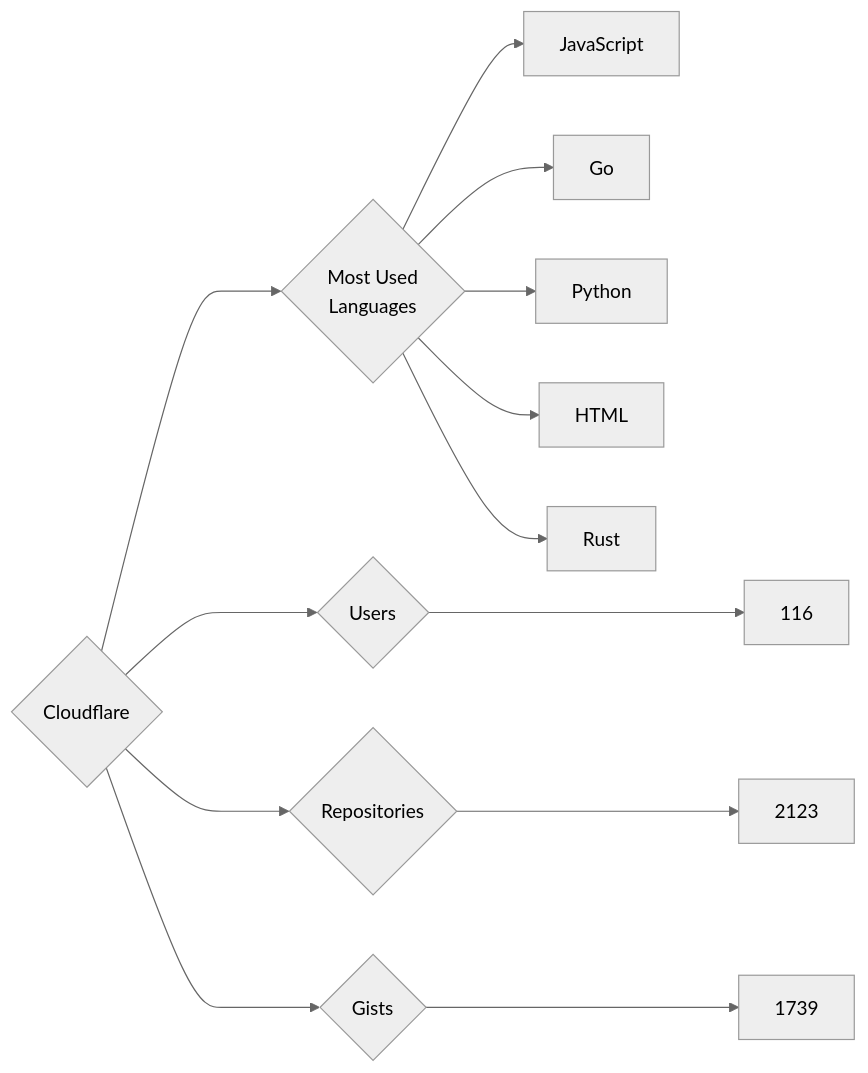
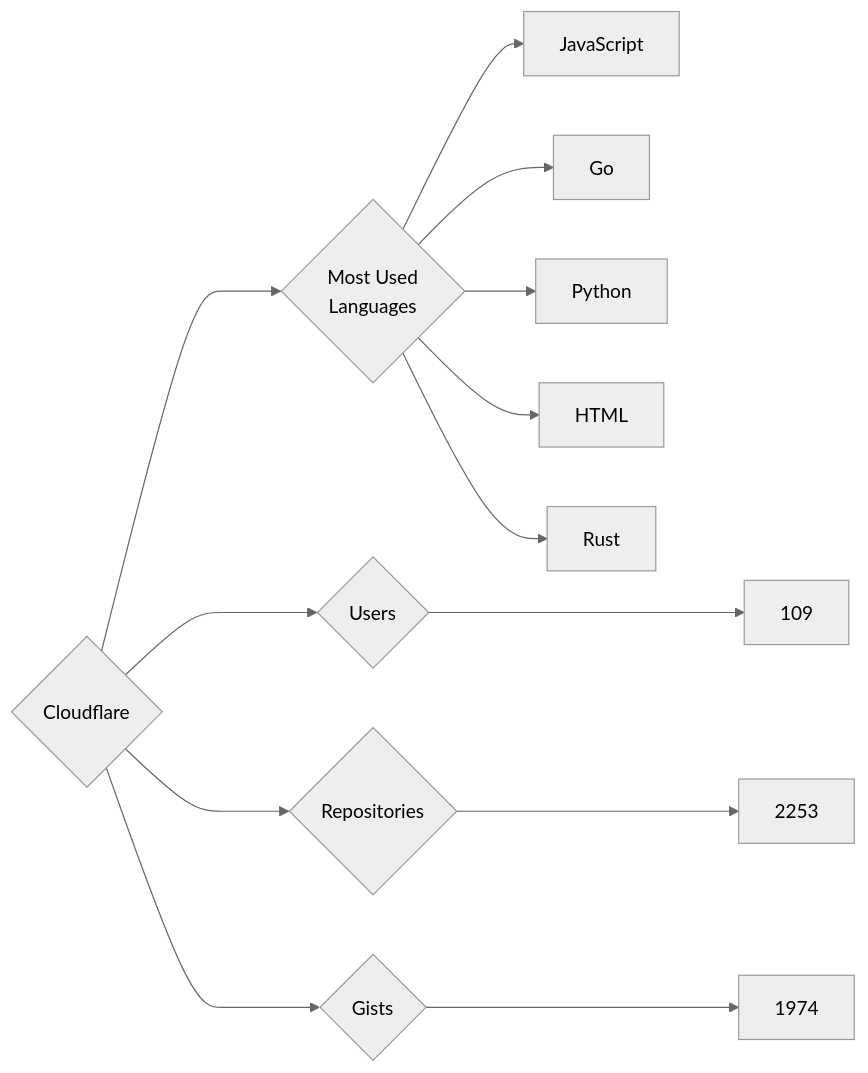
One commit to trickest/insiders changed the diagram in targets/Cloudflare/README.md. Above: the diagram before and after it, drawn with Mermaid (neutral theme). The commit also changed 847 other files, not shown here.

````diff
--- a/targets/Cloudflare/README.md
+++ b/targets/Cloudflare/README.md
@@ -3,13 +3,13 @@
 ```mermaid
 graph LR
 COMPANY_NAME{Cloudflare}
-COMPANY_NAME ---> U{Users} ---> UN[116]
-COMPANY_NAME ---> R{Repositories} ---> RN[2123]
-COMPANY_NAME ---> G{Gists} ---> GN[1739]
+COMPANY_NAME ---> U{Users} ---> UN[109]
+COMPANY_NAME ---> R{Repositories} ---> RN[2253]
+COMPANY_NAME ---> G{Gists} ---> GN[1974]
 COMPANY_NAME ---> ML{Most Used<br>Languages}
 ML --> JavaScript[JavaScript]
 ML --> Go[Go]
 ML --> Python[Python]
 ML --> HTML[HTML]
 ML --> Rust[Rust]
 ```
````
